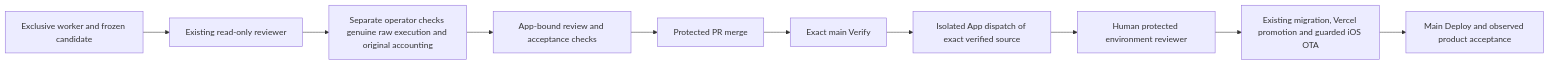
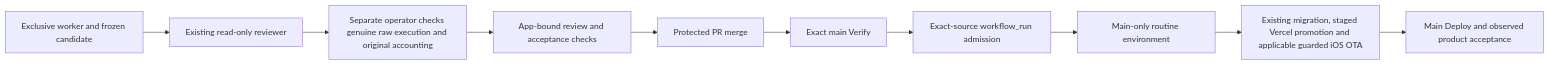
One commit to dgmolla/fitsy changed the diagram in docs/engineering/devops/shipping-control-setup/README.md. Above: the diagram before and after it, drawn with Mermaid. The commit also changed other lines of this file and 11 other files, not shown here.

````diff
--- a/docs/engineering/devops/shipping-control-setup/README.md
+++ b/docs/engineering/devops/shipping-control-setup/README.md
@@ -15,12 +17,12 @@
 ```mermaid
 flowchart LR
     W[Exclusive worker and frozen candidate] --> R[Existing read-only reviewer]
     R --> O[Separate operator checks genuine raw execution and original accounting]
     O --> C[App-bound review and acceptance checks]
     C --> M[Protected PR merge]
     M --> V[Exact main Verify]
-    V --> A[Isolated App dispatch of exact verified source]
-    A --> E[Human protected environment reviewer]
-    E --> D[Existing migration, Vercel promotion and guarded iOS OTA]
+    V --> A[Exact-source workflow_run admission]
+    A --> E[Main-only routine environment]
+    E --> D[Existing migration, staged Vercel promotion and applicable guarded iOS OTA]
     D --> P[Main Deploy and observed product acceptance]
 ```
````
